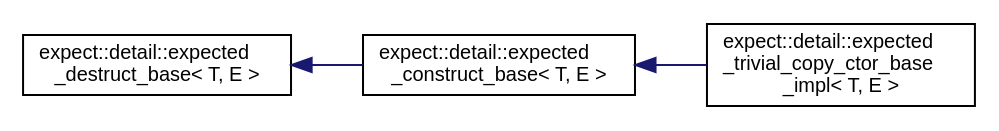
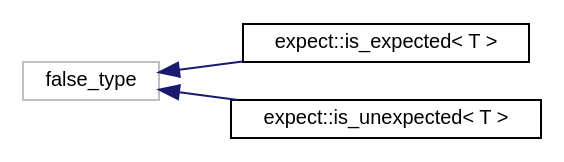
The diagram in api/latest/inherit_graph_6.dot (bitwizeshift/result), drawn with Graphviz before and after one commit. The commit also changed 198 other files, not shown here.

```diff
--- a/api/latest/inherit_graph_6.dot
+++ b/api/latest/inherit_graph_6.dot
@@ -1,11 +1,11 @@
 digraph "Graphical Class Hierarchy"
 {
   edge [fontname="Helvetica",fontsize="10",labelfontname="Helvetica",labelfontsize="10"];
   node [fontname="Helvetica",fontsize="10",shape=record];
   rankdir="LR";
-  Node0 [label="expect::detail::expected\l_destruct_base\< T, E \>",height=0.2,width=0.4,color="black", fillcolor="white", style="filled",URL="$d4/d8f/structexpect_1_1detail_1_1expected__destruct__base.html"];
-  Node0 -> Node1 [dir="back",color="midnightblue",fontsize="10",style="solid",fontname="Helvetica"];
-  Node1 [label="expect::detail::expected\l_construct_base\< T, E \>",height=0.2,width=0.4,color="black", fillcolor="white", style="filled",URL="$de/de7/structexpect_1_1detail_1_1expected__construct__base.html",tooltip="Base class of assignment to enable construction and assignment. "];
-  Node1 -> Node2 [dir="back",color="midnightblue",fontsize="10",style="solid",fontname="Helvetica"];
-  Node2 [label="expect::detail::expected\l_trivial_copy_ctor_base\l_impl\< T, E \>",height=0.2,width=0.4,color="black", fillcolor="white", style="filled",URL="$d0/df5/structexpect_1_1detail_1_1expected__trivial__copy__ctor__base__impl.html"];
+  Node8 [label="false_type",height=0.2,width=0.4,color="grey75", fillcolor="white", style="filled"];
+  Node8 -> Node0 [dir="back",color="midnightblue",fontsize="10",style="solid",fontname="Helvetica"];
+  Node0 [label="expect::is_expected\< T \>",height=0.2,width=0.4,color="black", fillcolor="white", style="filled",URL="$d6/d81/structexpect_1_1is__expected.html"];
+  Node8 -> Node10 [dir="back",color="midnightblue",fontsize="10",style="solid",fontname="Helvetica"];
+  Node10 [label="expect::is_unexpected\< T \>",height=0.2,width=0.4,color="black", fillcolor="white", style="filled",URL="$d9/de2/structexpect_1_1is__unexpected.html"];
 }
```
